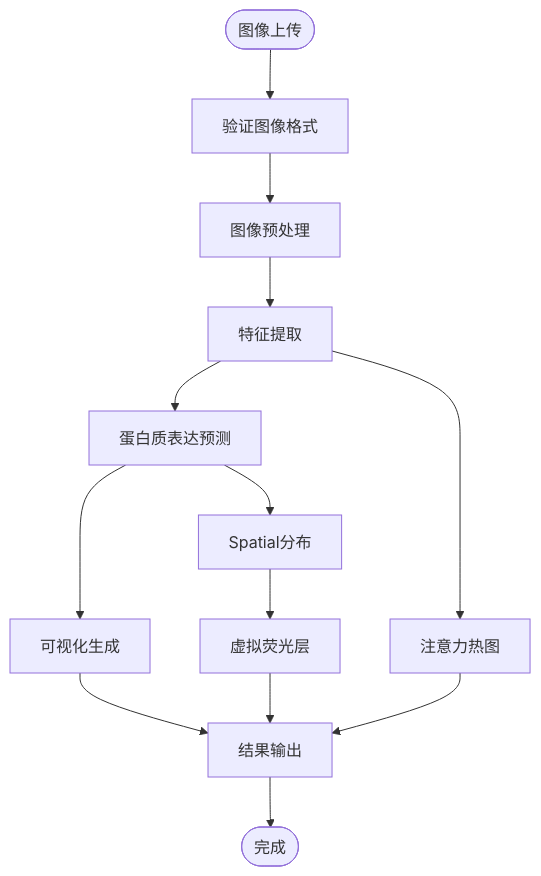
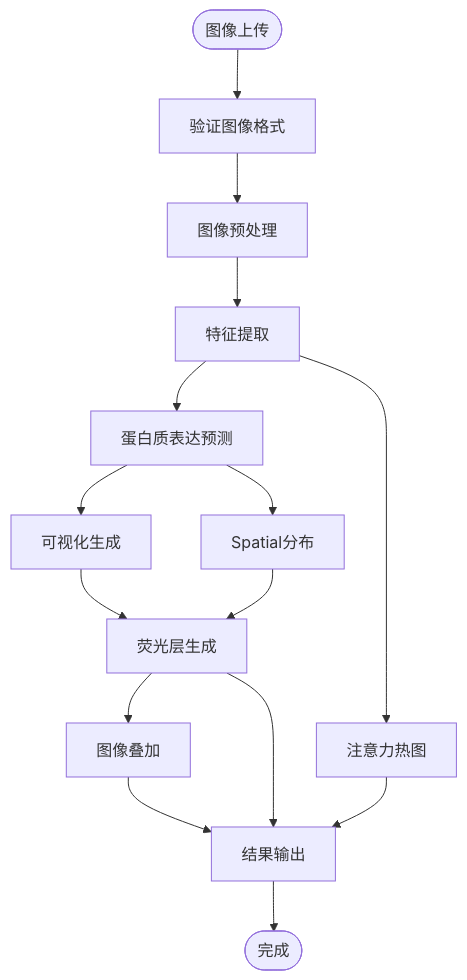
One commit to acproject/HEX changed the third of 11 diagrams in .qoder/repowiki/zh/content/配置与部署/Web应用程序开发指南.md. Above: the diagram before and after it, drawn with Mermaid. The commit also changed other lines of this file and 7 other files, not shown here.

````diff
--- a/.qoder/repowiki/zh/content/配置与部署/Web应用程序开发指南.md
+++ b/.qoder/repowiki/zh/content/配置与部署/Web应用程序开发指南.md
@@ -148,15 +185,17 @@
 ```mermaid
 flowchart TD
 Start([图像上传]) --> Validate[验证图像格式]
 Validate --> Preprocess[图像预处理]
 Preprocess --> Extract[特征提取]
 Extract --> Predict[蛋白质表达预测]
 Predict --> Visualize[可视化生成]
-Visualize --> Output[结果输出]
+Visualize --> Fluorescent[荧光层生成]
+Fluorescent --> Overlay[图像叠加]
+Overlay --> Output[结果输出]
 Extract --> Attention[注意力热图]
 Predict --> Spatial[Spatial分布]
-Spatial --> Fluorescent[虚拟荧光层]
+Spatial --> Fluorescent
 Output --> End([完成])
 Attention --> Output
 Fluorescent --> Output
 ```
````
